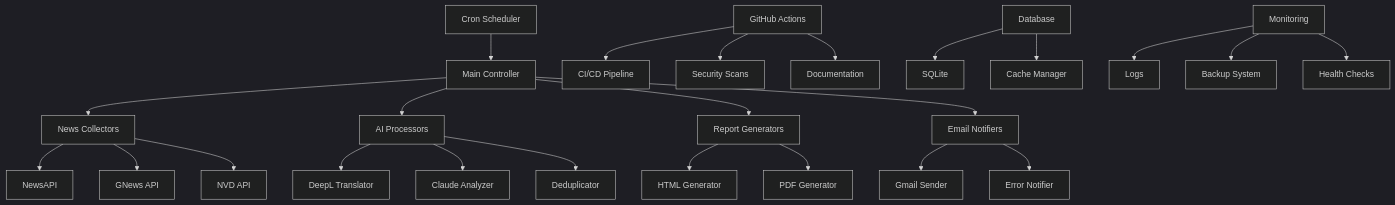
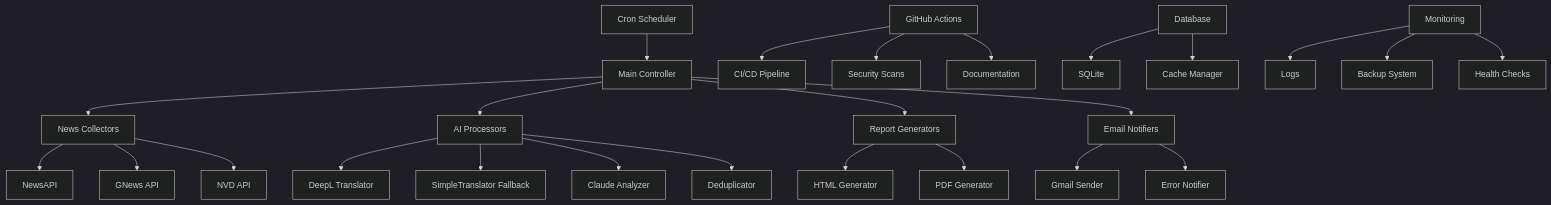
Before and after one commit to Kensan196948G/news-delivery-system: the diagram in README.md, drawn with Mermaid (dark theme). The commit also changed other lines of this file and 13 other files, not shown here.

````diff
--- a/README.md
+++ b/README.md
@@ -133,33 +139,34 @@
 ```mermaid
 graph TD
     A[Cron Scheduler] --> B[Main Controller]
     B --> C[News Collectors]
     B --> D[AI Processors] 
     B --> E[Report Generators]
     B --> F[Email Notifiers]
     
     C --> C1[NewsAPI]
     C --> C2[GNews API]
     C --> C3[NVD API]
     
     D --> D1[DeepL Translator]
-    D --> D2[Claude Analyzer]
-    D --> D3[Deduplicator]
+    D --> D2[SimpleTranslator Fallback]
+    D --> D3[Claude Analyzer]
+    D --> D4[Deduplicator]
     
     E --> E1[HTML Generator]
     E --> E2[PDF Generator]
     
     F --> F1[Gmail Sender]
     F --> F2[Error Notifier]
     
     G[GitHub Actions] --> H[CI/CD Pipeline]
     G --> I[Security Scans]
     G --> J[Documentation]
     
     K[Database] --> K1[SQLite]
     K --> K2[Cache Manager]
     
     L[Monitoring] --> L1[Logs]
     L --> L2[Backup System]
     L --> L3[Health Checks]
 ```
````
